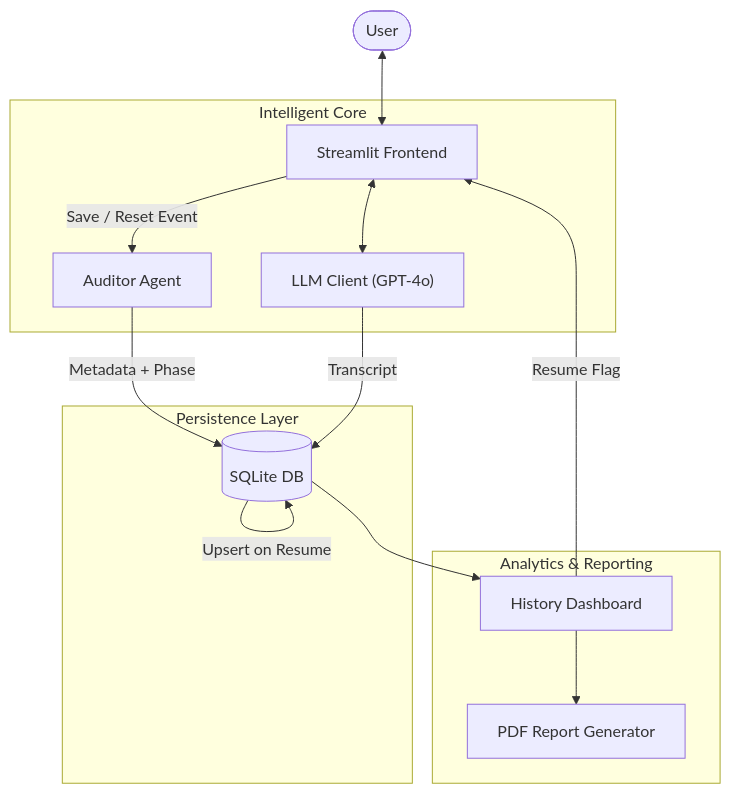
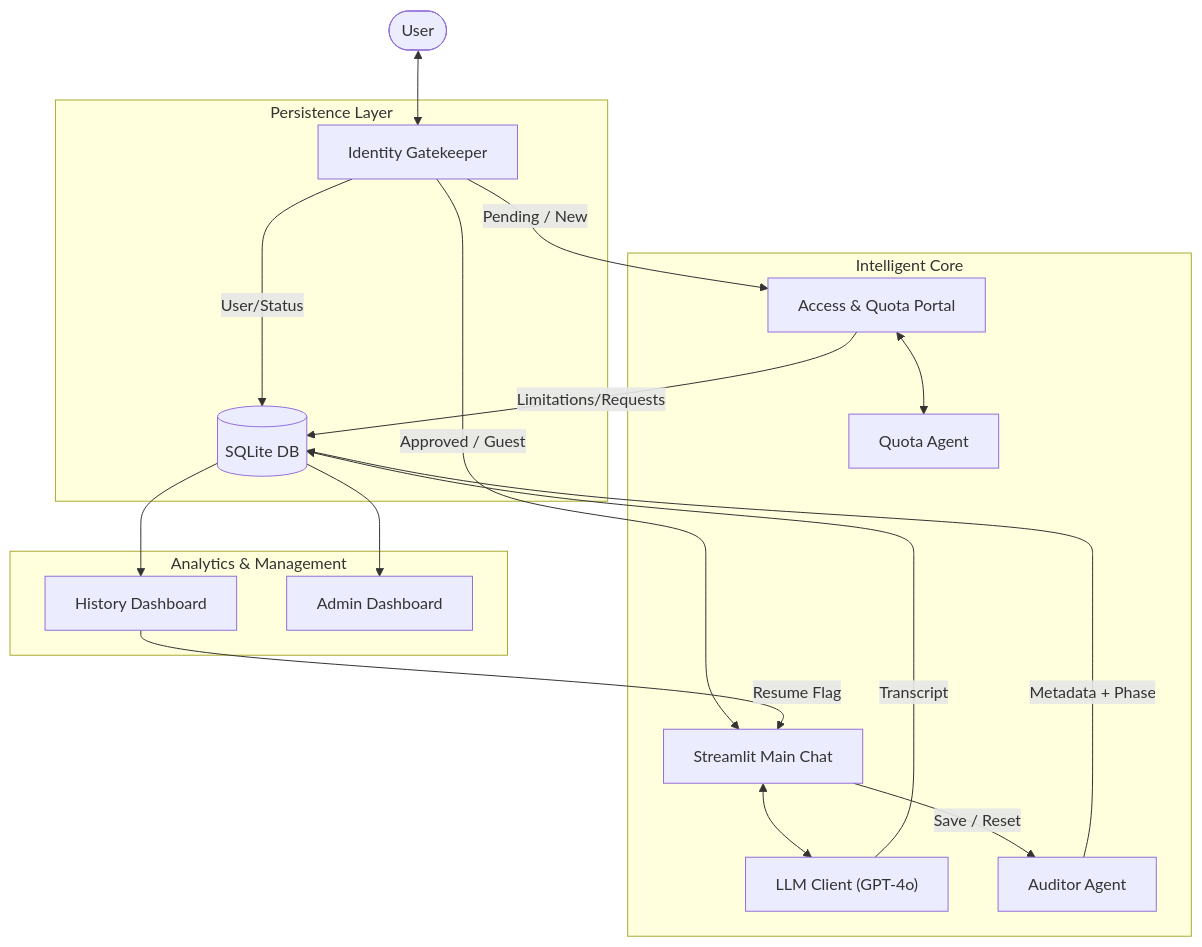
One commit to sridhar5bfttl/Questionnaire_Agent changed the first of 3 diagrams in documentation/architecture.md. Above: the diagram before and after it, drawn with Mermaid. The commit also changed other lines of this file and 4 other files, not shown here.

Commit message:
docs: comprehensive update aligning documentation with Identity Gatekeeper, Admin Dashboard, and Quota Management workflows

````diff
--- a/documentation/architecture.md
+++ b/documentation/architecture.md
@@ -26,21 +29,25 @@
 ```mermaid
 graph TD
-    User([User]) <--> UI[Streamlit Frontend]
+    User([User]) <--> Auth[Identity Gatekeeper]
+    Auth -- Pending / New --> Quota[Access & Quota Portal]
+    Auth -- Approved / Guest --> UI[Streamlit Main Chat]
     
     subgraph "Intelligent Core"
         UI <--> LLM["LLM Client (GPT-4o)"]
-        UI -- Save / Reset Event --> Auditor[Auditor Agent]
+        UI -- Save / Reset --> Auditor[Auditor Agent]
+        Quota <--> QAgent[Quota Agent]
     end
     
     subgraph "Persistence Layer"
         Auditor -- Metadata + Phase --> SQL[(SQLite DB)]
         LLM -- Transcript --> SQL
-        SQL -- Upsert on Resume --> SQL
+        Auth -- User/Status --> SQL
+        Quota -- Limitations/Requests --> SQL
     end
     
-    subgraph "Analytics & Reporting"
+    subgraph "Analytics & Management"
         SQL --> Dashboard[History Dashboard]
         Dashboard -- Resume Flag --> UI
-        Dashboard --> PDF[PDF Report Generator]
+        SQL --> Admin[Admin Dashboard]
     end
 ```
````
